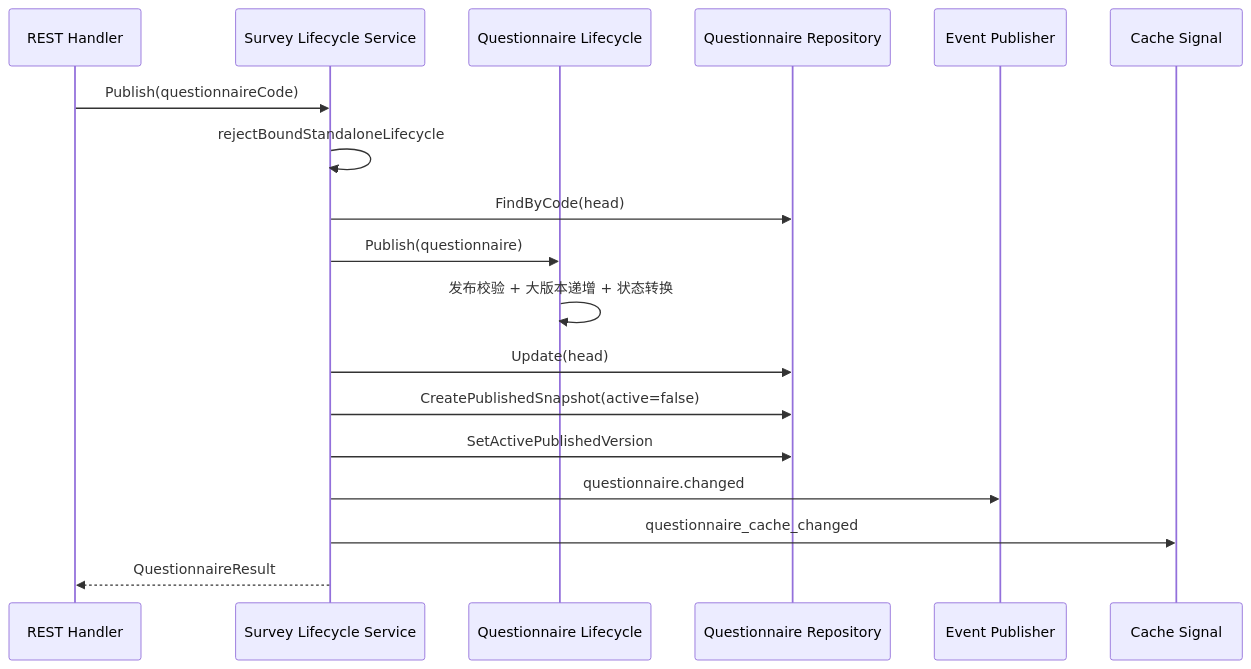
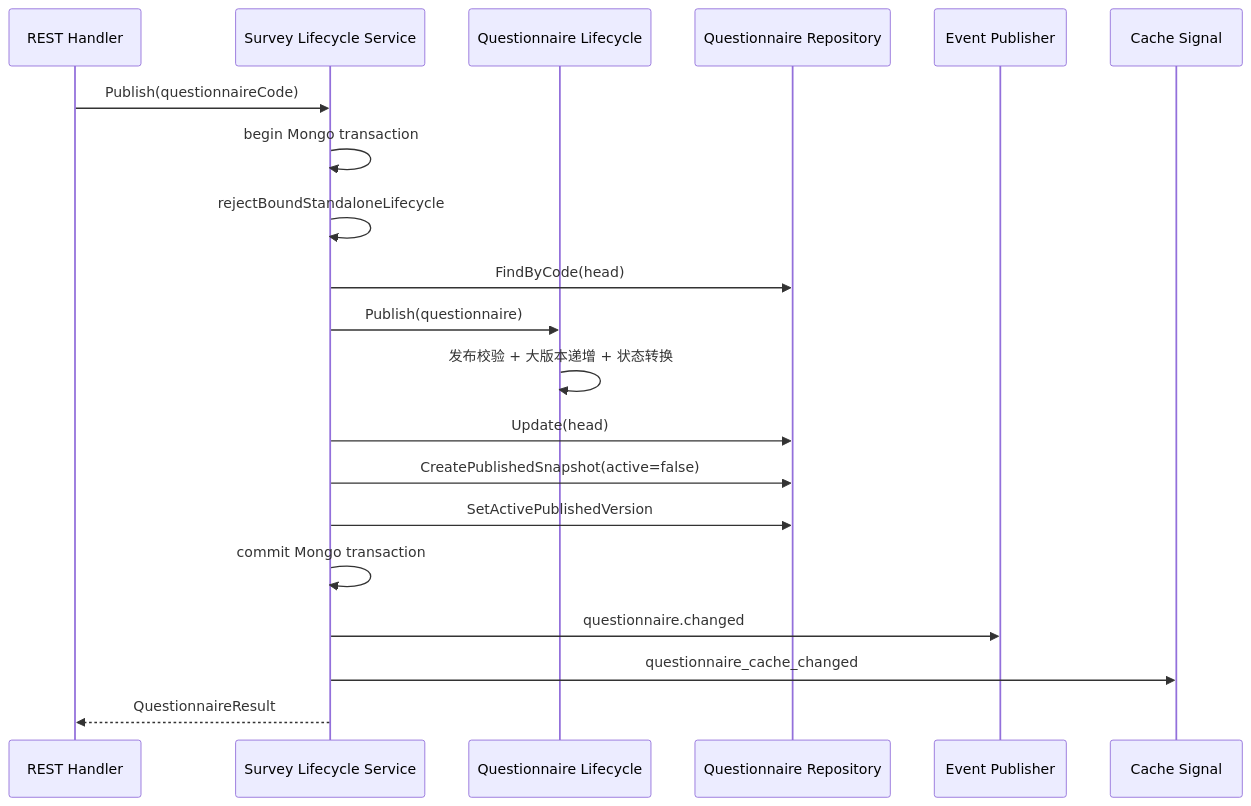
The third of 4 diagrams in docs/02-业务模块/10-survey/30-关键链路-问卷维护与发布.md (FangcunMount/qs-server), drawn with Mermaid before and after one commit. The commit also changed other lines of this file and 5 other files, not shown here.

````diff
--- a/docs/02-业务模块/10-survey/30-关键链路-问卷维护与发布.md
+++ b/docs/02-业务模块/10-survey/30-关键链路-问卷维护与发布.md
@@ -165,21 +165,23 @@
 ```mermaid
 sequenceDiagram
     participant H as REST Handler
     participant A as Survey Lifecycle Service
     participant D as Questionnaire Lifecycle
     participant R as Questionnaire Repository
     participant E as Event Publisher
     participant C as Cache Signal
 
     H->>A: Publish(questionnaireCode)
+    A->>A: begin Mongo transaction
     A->>A: rejectBoundStandaloneLifecycle
     A->>R: FindByCode(head)
     A->>D: Publish(questionnaire)
     D->>D: 发布校验 + 大版本递增 + 状态转换
     A->>R: Update(head)
     A->>R: CreatePublishedSnapshot(active=false)
     A->>R: SetActivePublishedVersion
+    A->>A: commit Mongo transaction
     A->>E: questionnaire.changed
     A->>C: questionnaire_cache_changed
     A-->>H: QuestionnaireResult
 ```
````
